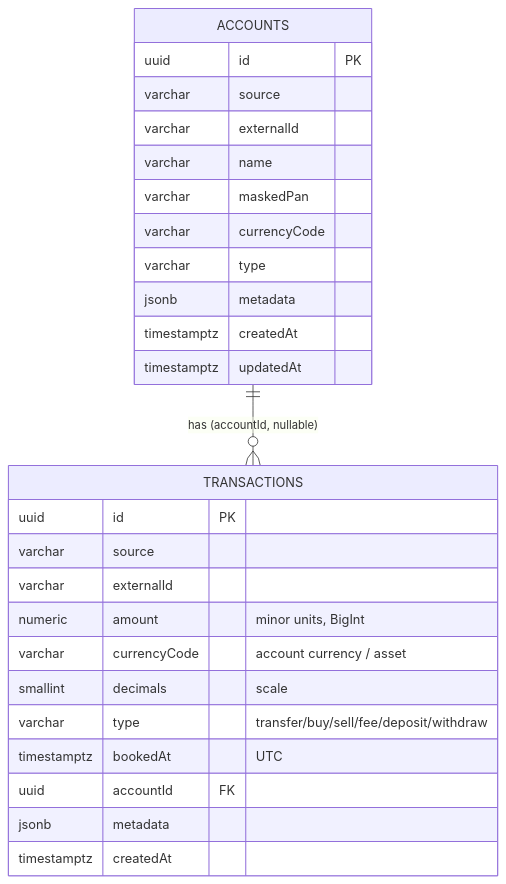
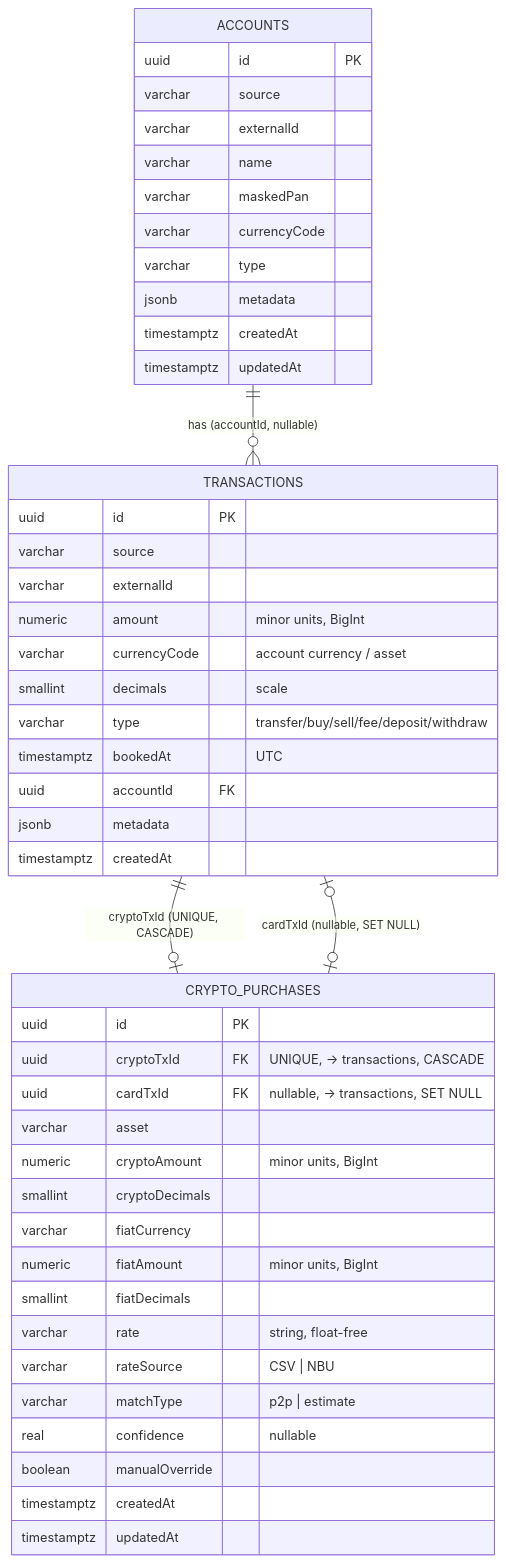
The diagram in transaction-analytics/Architecture/Data Model.md (MoloZzz/bank-transactions-list), drawn with Mermaid before and after one commit. The commit also changed other lines of this file and 23 other files, not shown here.

````diff
--- a/transaction-analytics/Architecture/Data Model.md
+++ b/transaction-analytics/Architecture/Data Model.md
@@ -8,31 +8,52 @@
 ```mermaid
 erDiagram
     ACCOUNTS ||--o{ TRANSACTIONS : "has (accountId, nullable)"
+    TRANSACTIONS ||--o| CRYPTO_PURCHASES : "cryptoTxId (UNIQUE, CASCADE)"
+    TRANSACTIONS |o--o| CRYPTO_PURCHASES : "cardTxId (nullable, SET NULL)"
 
     ACCOUNTS {
         uuid id PK
         varchar source
         varchar externalId
         varchar name
         varchar maskedPan
         varchar currencyCode
         varchar type
         jsonb metadata
         timestamptz createdAt
         timestamptz updatedAt
     }
 
     TRANSACTIONS {
         uuid id PK
         varchar source
         varchar externalId
         numeric amount "minor units, BigInt"
         varchar currencyCode "account currency / asset"
         smallint decimals "scale"
         varchar type "transfer/buy/sell/fee/deposit/withdraw"
         timestamptz bookedAt "UTC"
         uuid accountId FK
         jsonb metadata
         timestamptz createdAt
     }
+
+    CRYPTO_PURCHASES {
+        uuid id PK
+        uuid cryptoTxId FK "UNIQUE, -> transactions, CASCADE"
+        uuid cardTxId FK "nullable, -> transactions, SET NULL"
+        varchar asset
+        numeric cryptoAmount "minor units, BigInt"
+        smallint cryptoDecimals
+        varchar fiatCurrency
+        numeric fiatAmount "minor units, BigInt"
+        smallint fiatDecimals
+        varchar rate "string, float-free"
+        varchar rateSource "CSV | NBU"
+        varchar matchType "p2p | estimate"
+        real confidence "nullable"
+        boolean manualOverride
+        timestamptz createdAt
+        timestamptz updatedAt
+    }
 ```
````
